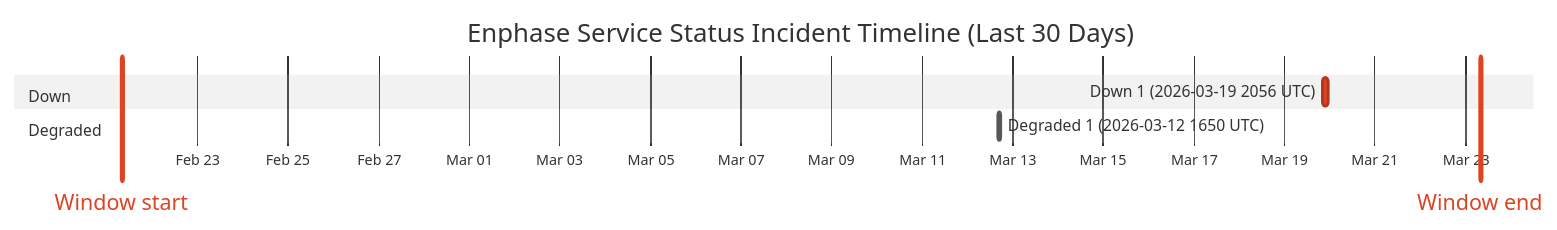
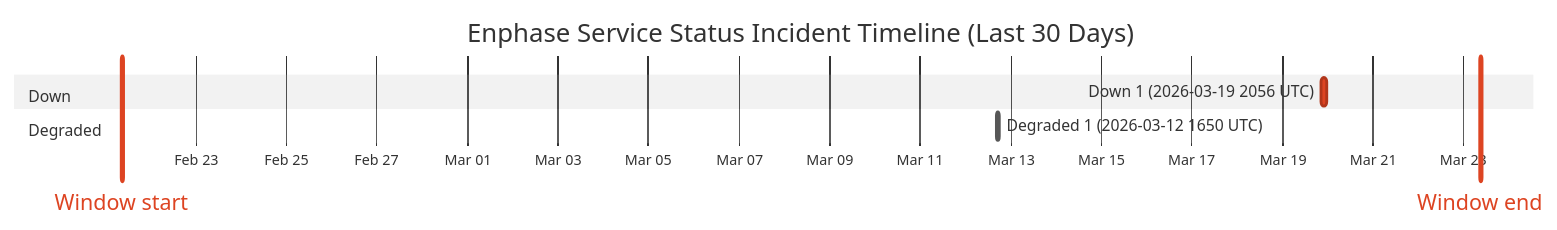
Before and after one commit to barneyonline/ha-enphase-ev-charger: the diagram in wiki/Service-Status-History.md, drawn with Mermaid (neutral theme). The commit also changed other lines of this file and 3 other files, not shown here.

````diff
--- a/wiki/Service-Status-History.md
+++ b/wiki/Service-Status-History.md
@@ -14,12 +14,12 @@
 ```mermaid
 gantt
     title Enphase Service Status Incident Timeline (Last 30 Days)
     dateFormat  YYYY-MM-DDTHH:mm:ss
     axisFormat  %b %d
-    Window start :vert, window-start, 2026-02-21T07:56:22, 0ms
-    Window end :vert, window-end, 2026-03-23T07:56:22, 0ms
+    Window start :vert, window-start, 2026-02-21T08:48:18, 0ms
+    Window end :vert, window-end, 2026-03-23T08:48:18, 0ms
     section Down
     Down 1 (2026-03-19 2056 UTC) :crit, down-1, 2026-03-19T20:56:20, 145m
     section Degraded
     Degraded 1 (2026-03-12 1650 UTC) :active, degraded-1, 2026-03-12T16:50:43, 60m
 ```
````
